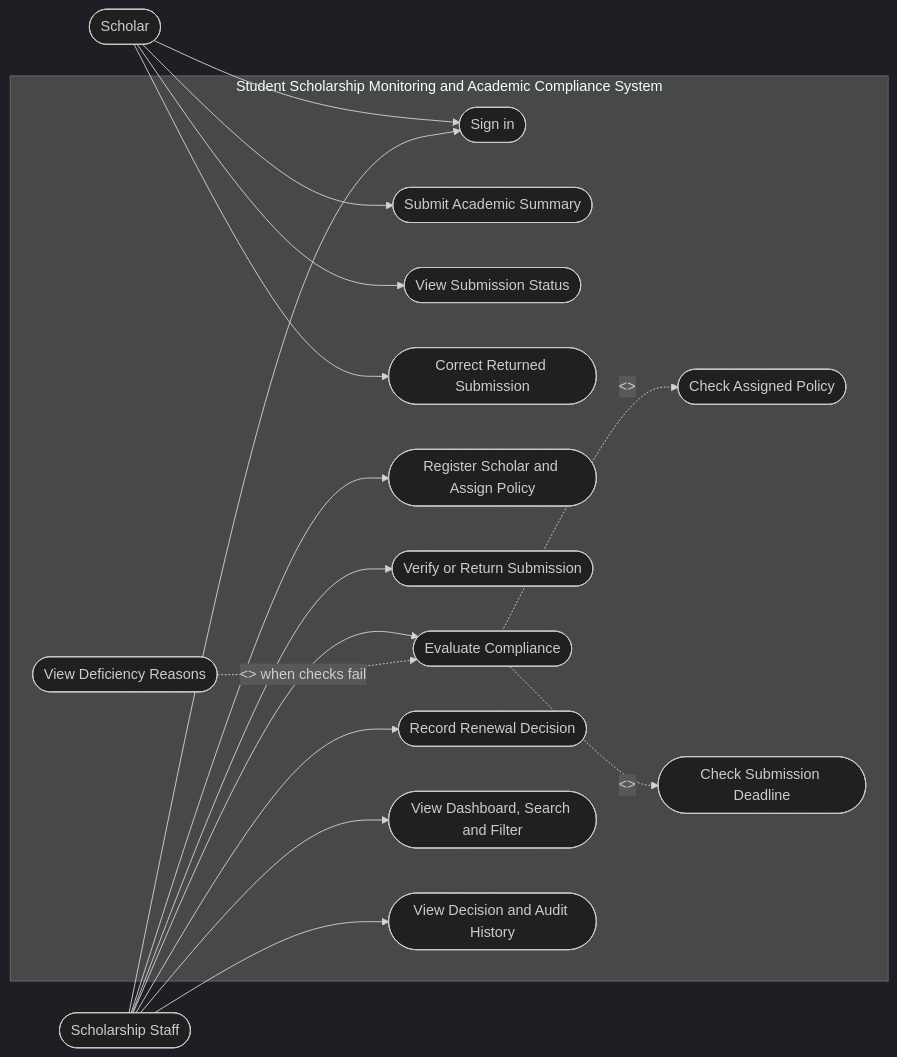
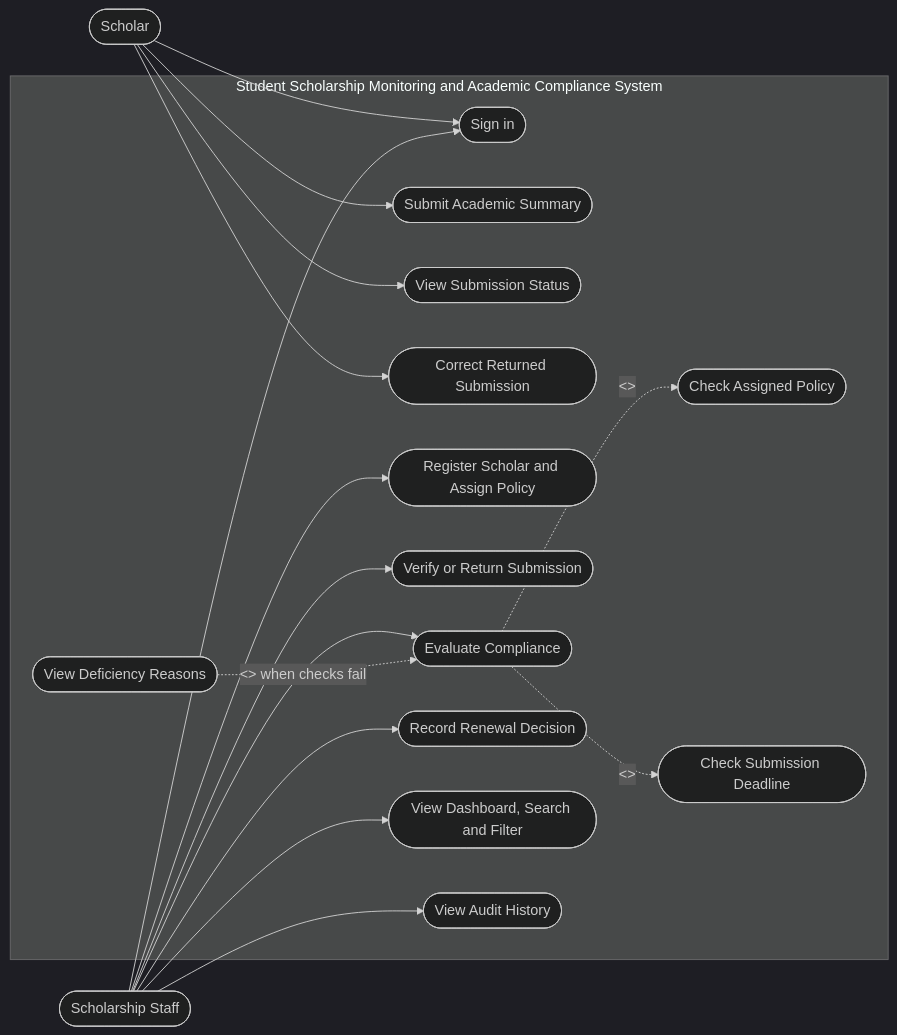
Before and after one commit to candariconrado-design/SAD-Midterm-Scholarship-System: the first of 2 diagrams in docs/DIAGRAMS.md, drawn with Mermaid (dark theme). The commit also changed other lines of this file, not shown here.

Commit message:
Align ERD diagram with actual database schema

````diff
--- a/docs/DIAGRAMS.md
+++ b/docs/DIAGRAMS.md
@@ -7,34 +7,34 @@
 ```mermaid
 flowchart LR
   Scholar([Scholar])
   Staff([Scholarship Staff])
   subgraph System["Student Scholarship Monitoring and Academic Compliance System"]
     Login([Sign in])
     Submit([Submit Academic Summary])
     Status([View Submission Status])
     Correct([Correct Returned Submission])
     Register([Register Scholar and Assign Policy])
     Verify([Verify or Return Submission])
     Evaluate([Evaluate Compliance])
     Policy([Check Assigned Policy])
     Deadline([Check Submission Deadline])
     Reasons([View Deficiency Reasons])
     Renewal([Record Renewal Decision])
     Dashboard([View Dashboard, Search and Filter])
-    History([View Decision and Audit History])
+    History([View Audit History])
   end
   Scholar --> Login
   Scholar --> Submit
   Scholar --> Status
   Scholar --> Correct
   Staff --> Login
   Staff --> Register
   Staff --> Verify
   Staff --> Evaluate
   Staff --> Renewal
   Staff --> Dashboard
   Staff --> History
   Evaluate -. "<<include>>" .-> Policy
   Evaluate -. "<<include>>" .-> Deadline
   Reasons -. "<<extend>> when checks fail" .-> Evaluate
 ```
````
